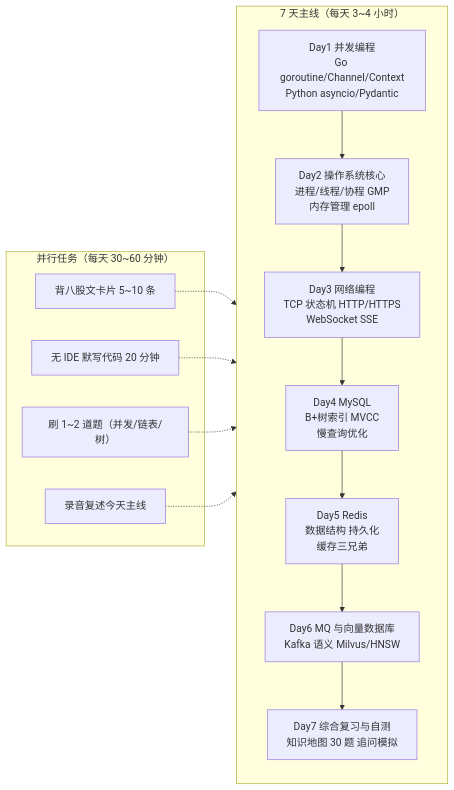
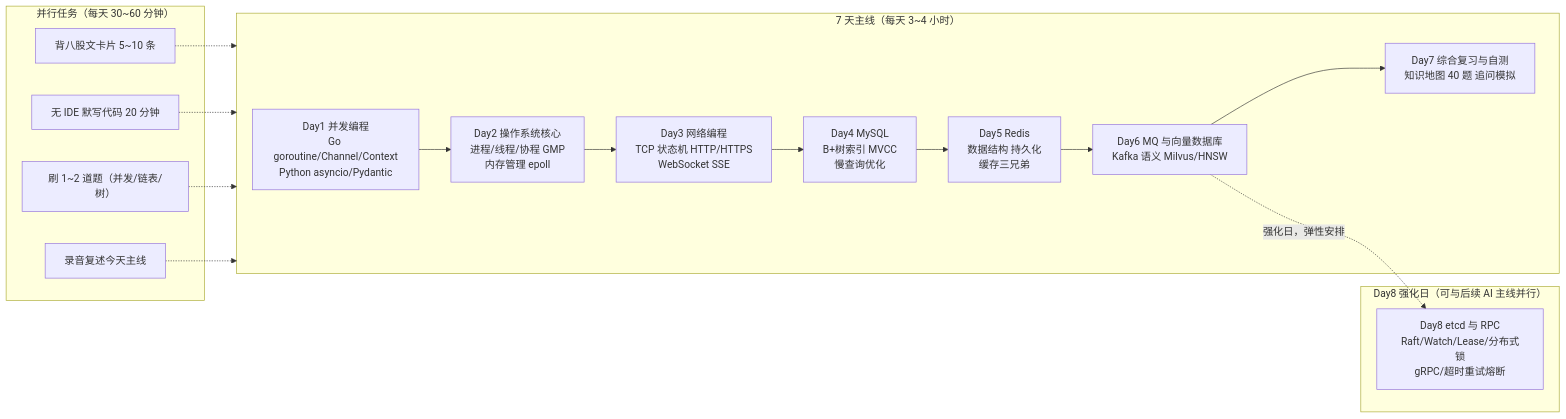
One commit to Bin-hy/go-campus changed the first of 16 diagrams in docs/路线专题/02-后端与计算机基础.md. Above: the diagram before and after it, drawn with Mermaid. The commit also changed other lines of this file and 12 other files, not shown here.

First line of the commit message:
feat(route): 后端专题新增 Day8 etcd 与 RPC 强化日 + 两个实操练习

````diff
--- a/docs/路线专题/02-后端与计算机基础.md
+++ b/docs/路线专题/02-后端与计算机基础.md
@@ -19,23 +20,27 @@
 ```mermaid
 flowchart LR
     subgraph 主线["7 天主线（每天 3~4 小时）"]
         D1["Day1 并发编程<br/>Go goroutine/Channel/Context<br/>Python asyncio/Pydantic"]
         D2["Day2 操作系统核心<br/>进程/线程/协程 GMP<br/>内存管理 epoll"]
         D3["Day3 网络编程<br/>TCP 状态机 HTTP/HTTPS<br/>WebSocket SSE"]
         D4["Day4 MySQL<br/>B+树索引 MVCC<br/>慢查询优化"]
         D5["Day5 Redis<br/>数据结构 持久化<br/>缓存三兄弟"]
         D6["Day6 MQ 与向量数据库<br/>Kafka 语义 Milvus/HNSW"]
-        D7["Day7 综合复习与自测<br/>知识地图 30 题 追问模拟"]
+        D7["Day7 综合复习与自测<br/>知识地图 40 题 追问模拟"]
+    end
+    subgraph 强化["Day8 强化日（可与后续 AI 主线并行）"]
+        D8["Day8 etcd 与 RPC<br/>Raft/Watch/Lease/分布式锁<br/>gRPC/超时重试熔断"]
     end
     subgraph 并行["并行任务（每天 30~60 分钟）"]
         P1["背八股文卡片 5~10 条"]
         P2["无 IDE 默写代码 20 分钟"]
         P3["刷 1~2 道题（并发/链表/树）"]
         P4["录音复述今天主线"]
     end
     D1 --> D2 --> D3 --> D4 --> D5 --> D6 --> D7
+    D6 -. 强化日，弹性安排 .-> D8
     P1 -.-> 主线
     P2 -.-> 主线
     P3 -.-> 主线
     P4 -.-> 主线
 ```
````
